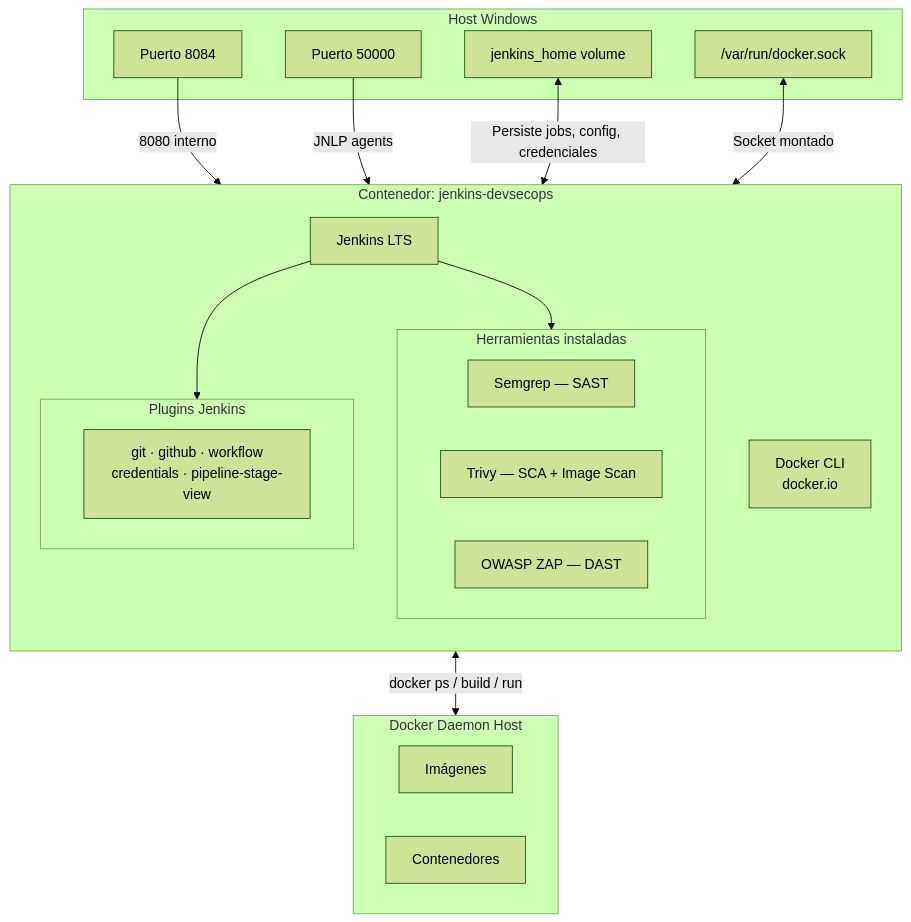
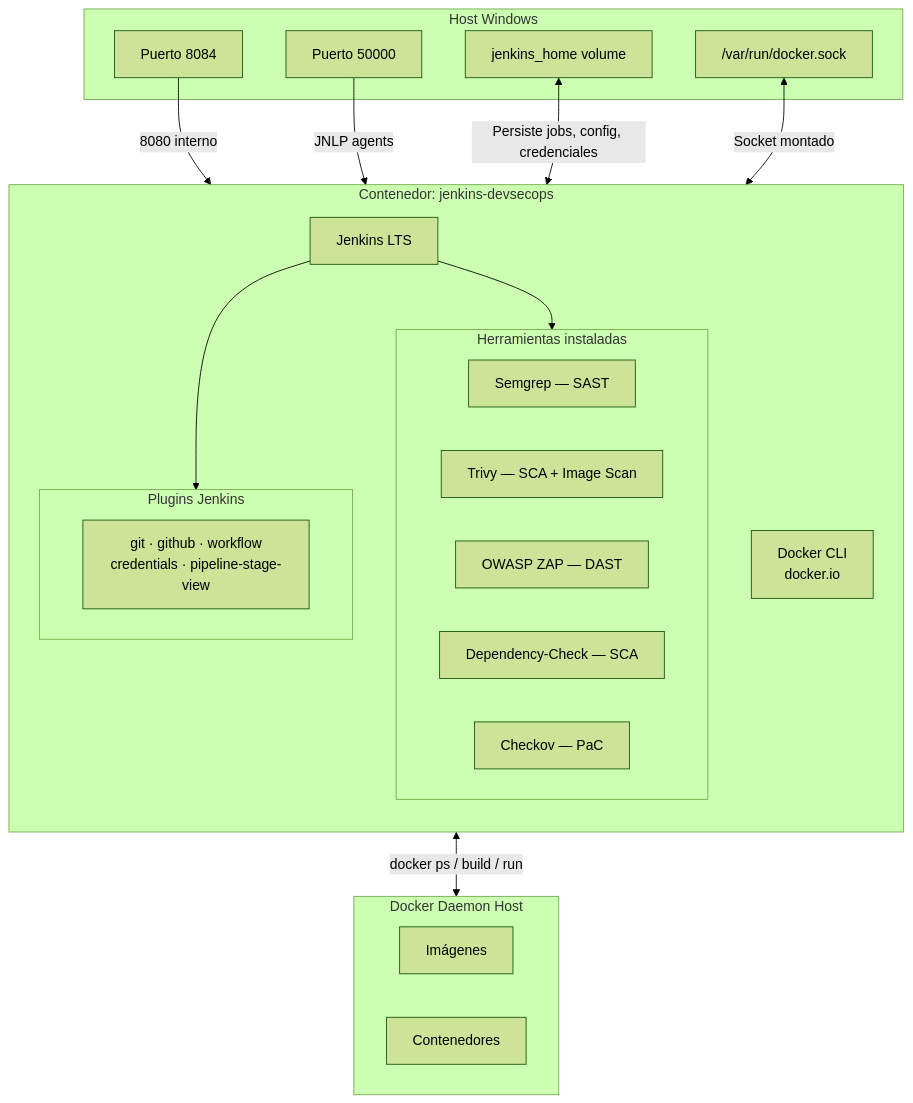
The diagram in contenedores/jenkins-devsecops/README.md (JASSNexocorp/springboot-app), drawn with Mermaid (forest theme) before and after one commit. The commit also changed other lines of this file and 4 other files, not shown here.

````diff
--- a/contenedores/jenkins-devsecops/README.md
+++ b/contenedores/jenkins-devsecops/README.md
@@ -7,41 +7,37 @@
 ```mermaid
 graph TB
     subgraph HOST["Host Windows"]
         SOCK["/var/run/docker.sock"]
         VOL["jenkins_home volume"]
         P1["Puerto 8084"]
         P2["Puerto 50000"]
     end
-
     subgraph CONTAINER["Contenedor: jenkins-devsecops"]
         direction TB
         JENKINS["Jenkins LTS"]
-
         subgraph TOOLS["Herramientas instaladas"]
             direction LR
             SEM["Semgrep — SAST"]
             TRV["Trivy — SCA + Image Scan"]
             ZAP["OWASP ZAP — DAST"]
+            DEP["Dependency-Check — SCA"]
+            CHK["Checkov — PaC"]
         end
-
         subgraph PLUGINS["Plugins Jenkins"]
             direction LR
             PG["git · github · workflow\ncredentials · pipeline-stage-view"]
         end
-
         DCLI["Docker CLI\ndocker.io"]
     end
-
     subgraph DAEMON["Docker Daemon Host"]
         DIMGS["Imágenes"]
         DCONT["Contenedores"]
     end
-
     P1 -->|"8080 interno"| JENKINS
     P2 -->|"JNLP agents"| JENKINS
     VOL <-->|"Persiste jobs, config, credenciales"| JENKINS
     SOCK <-->|"Socket montado"| DCLI
     DCLI <-->|"docker ps / build / run"| DAEMON
     JENKINS --> TOOLS
     JENKINS --> PLUGINS
 ```
````
